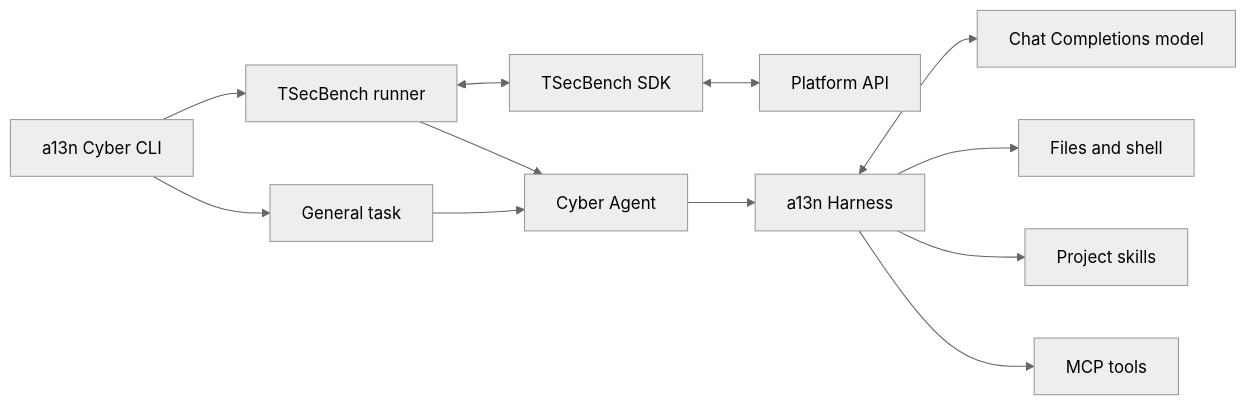
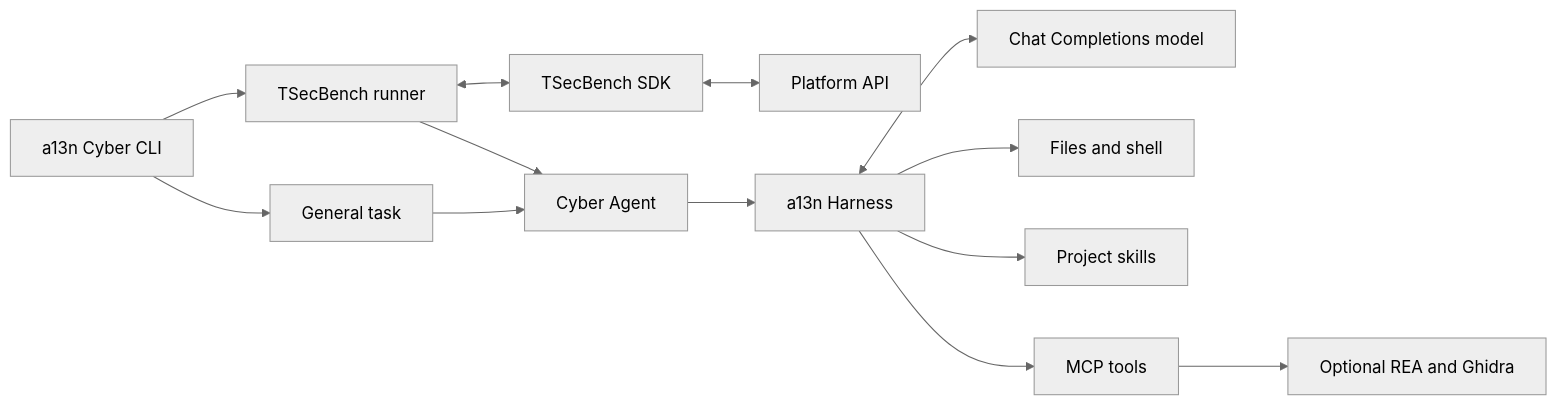
The diagram in README.md (saurlax/a13n-cyber), drawn with Mermaid (neutral theme) before and after one commit. The commit also changed other lines of this file and 42 other files, not shown here.

Commit message:
Add container toolkit and optional REA integration

````diff
--- a/README.md
+++ b/README.md
@@ -10,14 +10,15 @@
 ```mermaid
 flowchart LR
     CLI[a13n Cyber CLI] --> Task[General task]
     CLI --> Runner[TSecBench runner]
     Runner <--> SDK[TSecBench SDK]
     SDK <--> Platform[Platform API]
     Task --> Agent[Cyber Agent]
     Runner --> Agent
     Agent --> Harness[a13n Harness]
     Harness <--> Model[Chat Completions model]
     Harness --> Tools[Files and shell]
     Harness --> Skills[Project skills]
     Harness --> MCP[MCP tools]
+    MCP --> REA[Optional REA and Ghidra]
 ```
````
